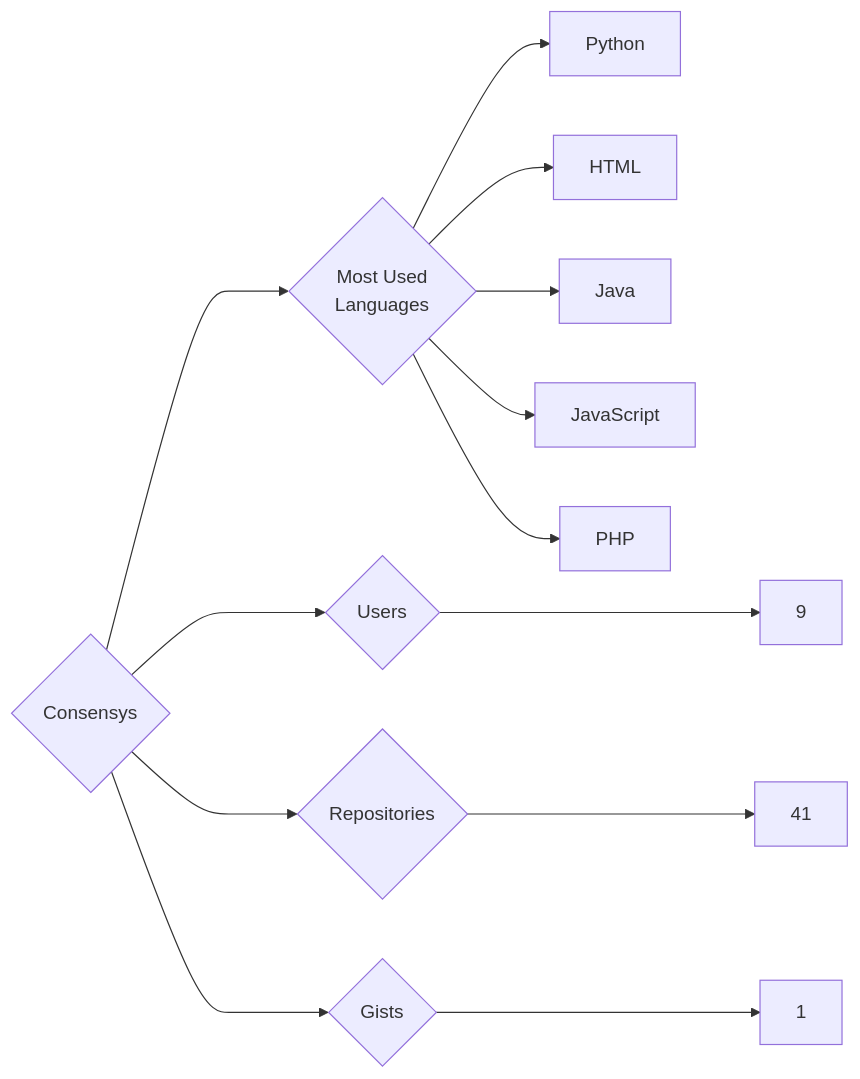
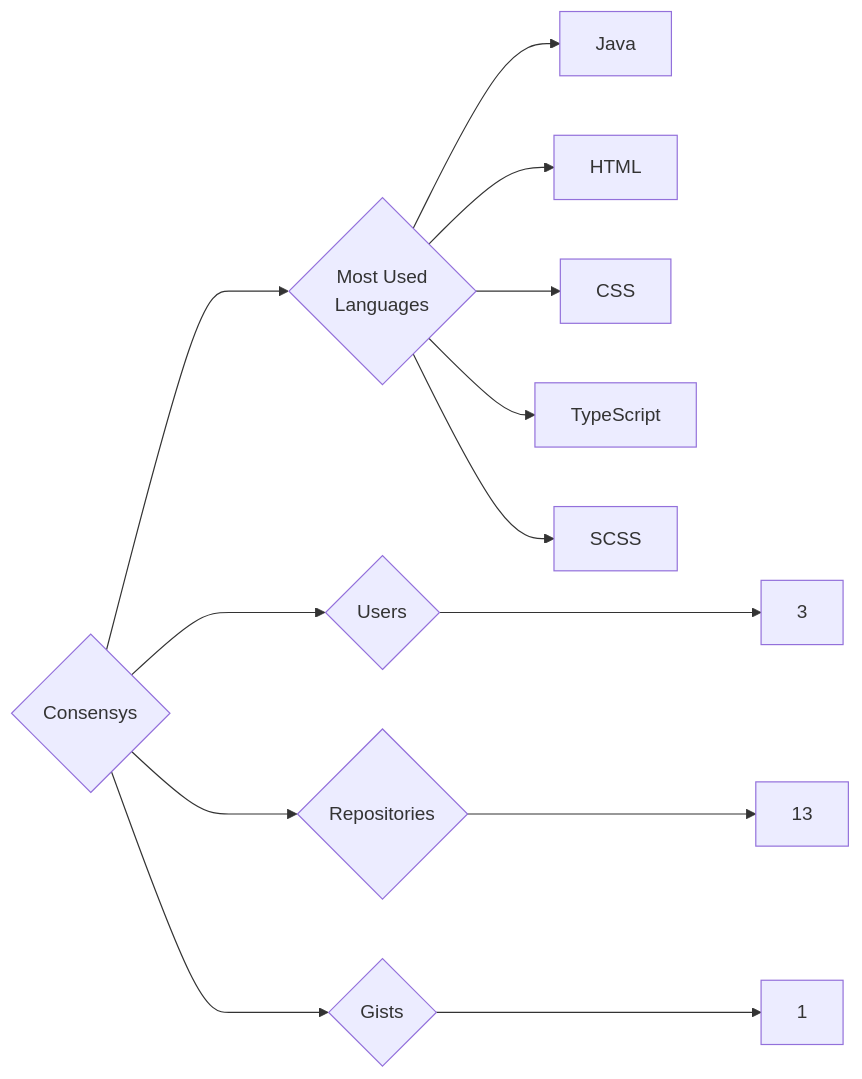
The diagram in targets/Consensys/README.md (trickest/insiders), drawn with Mermaid before and after one commit. The commit also changed 1055 other files, not shown here.

````diff
--- a/targets/Consensys/README.md
+++ b/targets/Consensys/README.md
@@ -3,13 +3,13 @@
 ```mermaid
 graph LR
 COMPANY_NAME{Consensys}
-COMPANY_NAME ---> U{Users} ---> UN[9]
-COMPANY_NAME ---> R{Repositories} ---> RN[41]
+COMPANY_NAME ---> U{Users} ---> UN[3]
+COMPANY_NAME ---> R{Repositories} ---> RN[13]
 COMPANY_NAME ---> G{Gists} ---> GN[1]
 COMPANY_NAME ---> ML{Most Used<br>Languages}
-ML --> Python[Python]
+ML --> Java[Java]
 ML --> HTML[HTML]
-ML --> Java[Java]
-ML --> JavaScript[JavaScript]
-ML --> PHP[PHP]
+ML --> CSS[CSS]
+ML --> TypeScript[TypeScript]
+ML --> SCSS[SCSS]
 ```
````
